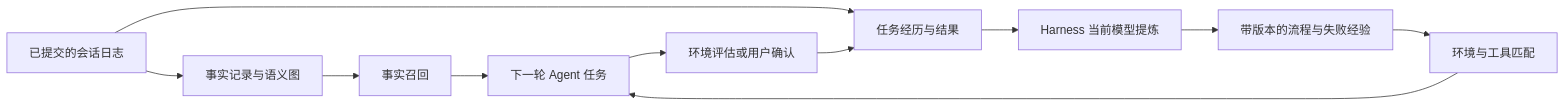
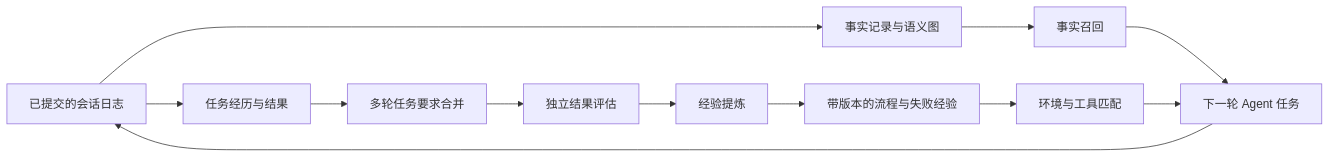
Before and after one commit to CenYangtze/dsh-advanced-mem-plugin: the diagram in README.zh.md, drawn with Mermaid. The commit also changed other lines of this file and 31 other files, not shown here.

````diff
--- a/README.zh.md
+++ b/README.zh.md
@@ -7,13 +7,14 @@
 ```mermaid
 flowchart LR
   L[已提交的会话日志] --> F[事实记录与语义图]
   L --> E[任务经历与结果]
-  E --> D[Harness 当前模型提炼]
+  E --> C[多轮任务要求合并]
+  C --> V[独立结果评估]
+  V --> D[经验提炼]
   D --> S[带版本的流程与失败经验]
   F --> FR[事实召回]
   S --> ER[环境与工具匹配]
   FR --> T[下一轮 Agent 任务]
   ER --> T
-  V[环境评估或用户确认] --> E
-  T --> V
+  T --> L
 ```
````
